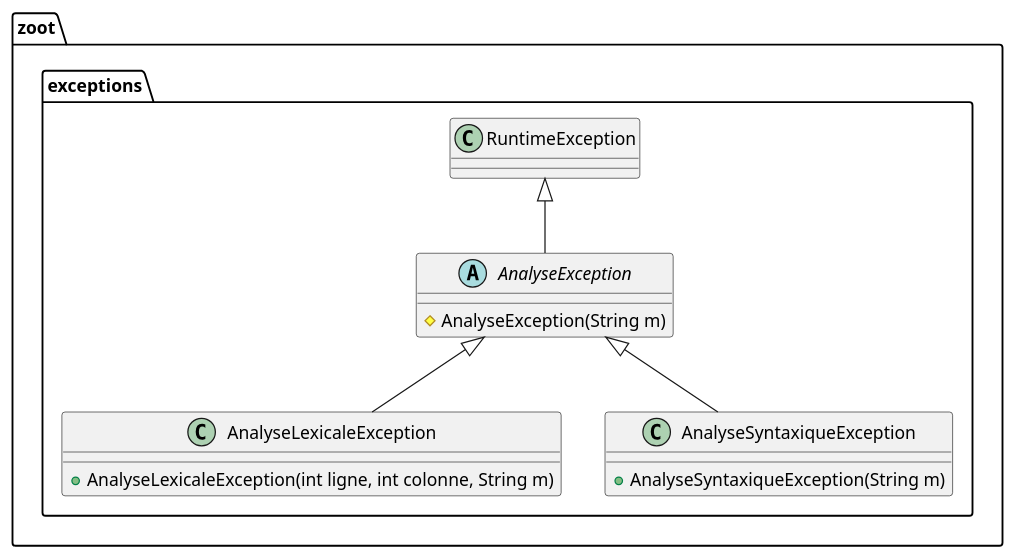
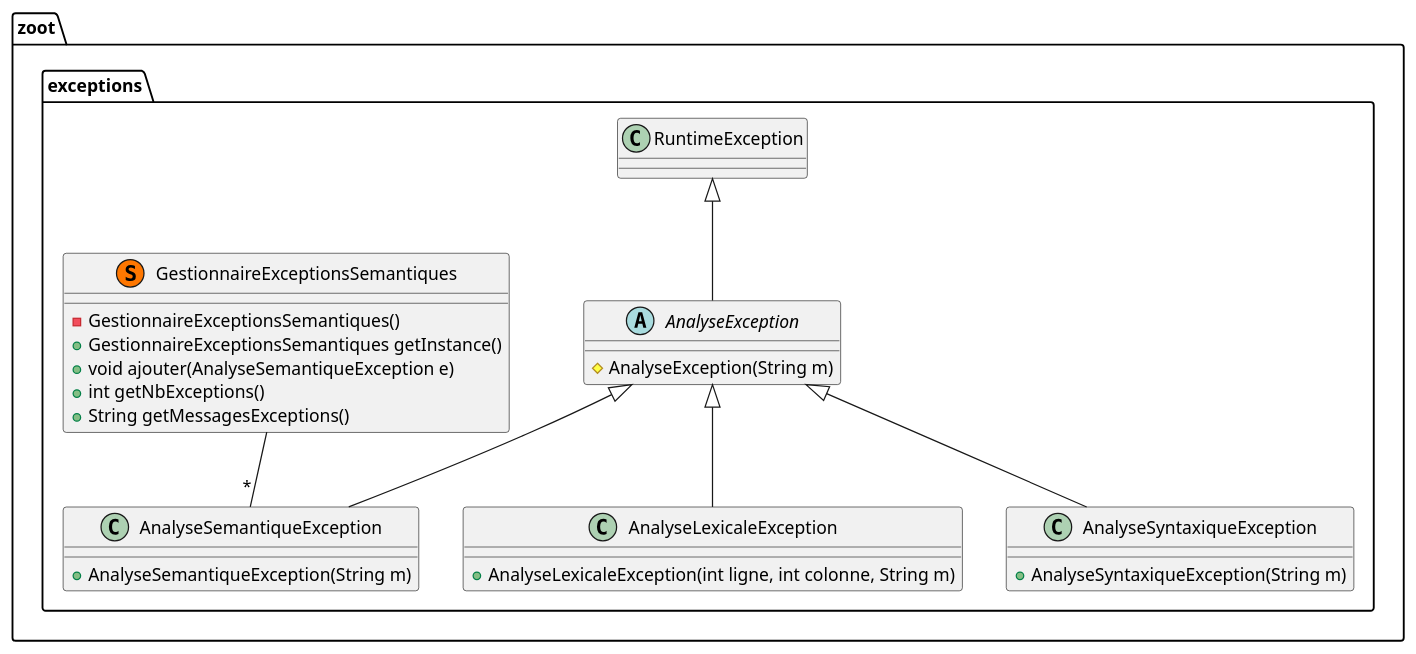
The diagram in diagrammes/classe/exceptions.puml (lmtb06/zoot), drawn with PlantUML before and after one commit. The commit also changed 7 other files, not shown here.

Commit message:
Mise à jour des différents diagrammes: + Diagramme d'activité + Diagrammes de classes :   + Ajout de quelques classes   + Corrections mineures

```diff
--- a/diagrammes/classe/exceptions.puml
+++ b/diagrammes/classe/exceptions.puml
@@ -1,23 +1,37 @@
 @startuml "Package exceptions"
 
 namespace zoot.exceptions {
     ' Includes
     ' Classes
+    class GestionnaireExceptionsSemantiques << (S,#FF7700) >> {
+    - GestionnaireExceptionsSemantiques()
+    + GestionnaireExceptionsSemantiques getInstance()
+    + void ajouter(AnalyseSemantiqueException e)
+    + int getNbExceptions()
+    + String getMessagesExceptions()
+  }
+
     abstract class AnalyseException {
         # AnalyseException(String m)
     }
 
     class AnalyseLexicaleException {
         + AnalyseLexicaleException(int ligne, int colonne, String m)
     }
 
     class AnalyseSyntaxiqueException {
         + AnalyseSyntaxiqueException(String m)
     }
 
+    class AnalyseSemantiqueException {
+        + AnalyseSemantiqueException(String m)
+    }
+
     ' Relations entre les classes
     AnalyseException -up-|> RuntimeException
     AnalyseLexicaleException -up-|> AnalyseException
     AnalyseSyntaxiqueException -up-|> AnalyseException
+    AnalyseSemantiqueException -up-|> AnalyseException
+    GestionnaireExceptionsSemantiques -down-"*" AnalyseSemantiqueException
 }
 @enduml
```
